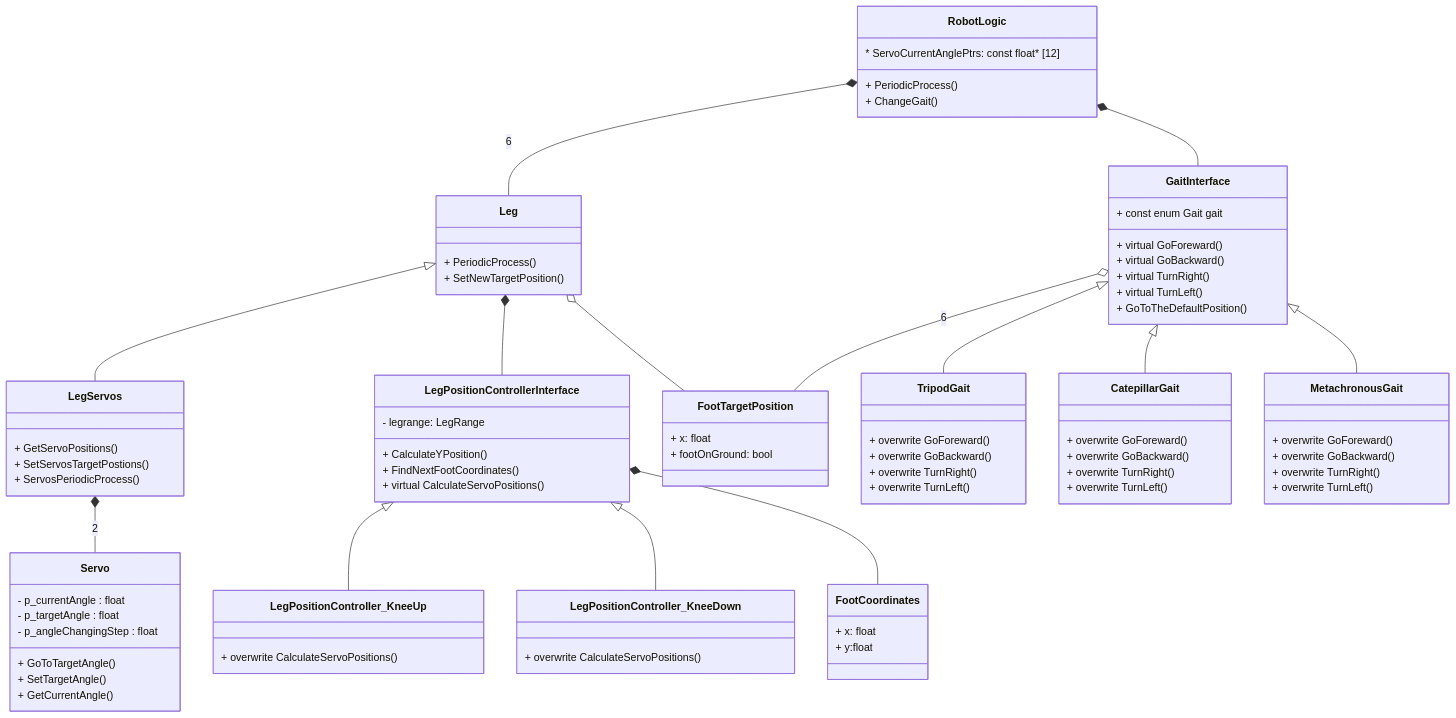
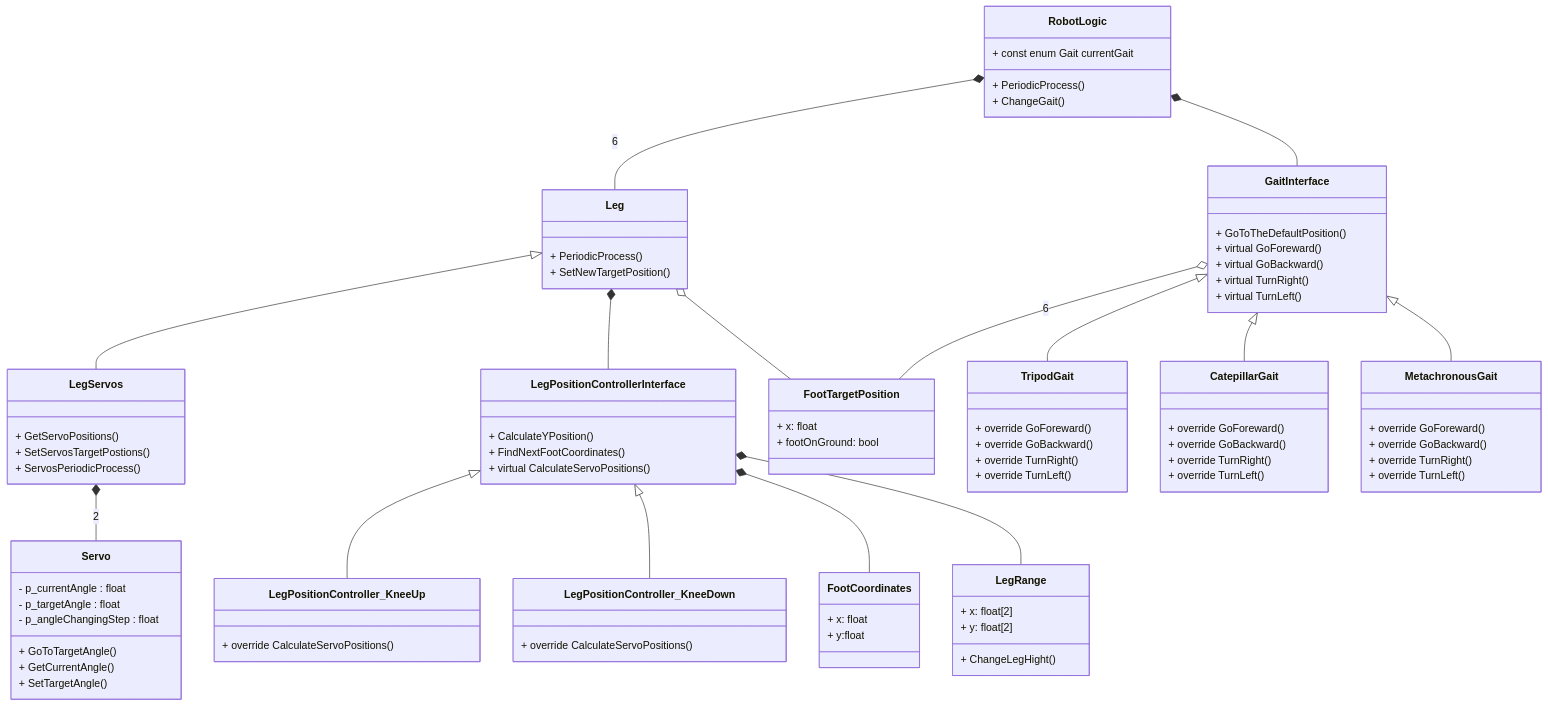
One commit to putzio/Hexapod-2.0 changed the first of 2 diagrams in README.md. Above: the diagram before and after it, drawn with Mermaid. The commit also changed other lines of this file and 20 other files, not shown here.

Commit message:
LegPositionControllerInterface and class names changed according to the diagram

```diff
--- a/README.md
+++ b/README.md
@@ -11,6 +11,7 @@
     LegPositionControllerInterface <|-- LegPositionController_KneeUp
     LegPositionControllerInterface <|-- LegPositionController_KneeDown
     LegPositionControllerInterface *-- FootCoordinates
+    LegPositionControllerInterface *-- LegRange
     
     Leg <|-- LegServos
     Leg *-- LegPositionControllerInterface
@@ -31,8 +32,8 @@
         - p_angleChangingStep : float
 
         + GoToTargetAngle()
+        + GetCurrentAngle()
         + SetTargetAngle()
-        + GetCurrentAngle()
     }
 
     class LegServos{
@@ -42,22 +43,26 @@
     }
 
     class LegPositionControllerInterface{
-        - legrange: LegRange
-
         + CalculateYPosition()
         + FindNextFootCoordinates()
         + virtual CalculateServoPositions()
     }
     class LegPositionController_KneeDown{
-        + overwrite CalculateServoPositions()
+        + override CalculateServoPositions()
     }
     class LegPositionController_KneeUp{
-        + overwrite CalculateServoPositions()
+        + override CalculateServoPositions()
     }
 
     class FootCoordinates{
         + x: float
         + y:float
+    }
+    class LegRange{
+        + x: float[2]
+        + y: float[2]
+
+        + ChangeLegHight()
     }
 
     class FootTargetPosition{
@@ -72,35 +77,34 @@
     }
 
     class GaitInterface{
-        + const enum Gait gait
-
+        + GoToTheDefaultPosition()
         + virtual GoForeward()
         + virtual GoBackward()
         + virtual TurnRight()
         + virtual TurnLeft()
-        + GoToTheDefaultPosition()
     }
     class TripodGait{
-        + overwrite GoForeward()
-        + overwrite GoBackward()
-        + overwrite TurnRight()
-        + overwrite TurnLeft()
+        + override GoForeward()
+        + override GoBackward()
+        + override TurnRight()
+        + override TurnLeft()
     }
     class CatepillarGait{
-        + overwrite GoForeward()
-        + overwrite GoBackward()
-        + overwrite TurnRight()
-        + overwrite TurnLeft()
+        + override GoForeward()
+        + override GoBackward()
+        + override TurnRight()
+        + override TurnLeft()
     }
     class MetachronousGait{
-        + overwrite GoForeward()
-        + overwrite GoBackward()
-        + overwrite TurnRight()
-        + overwrite TurnLeft()
+        + override GoForeward()
+        + override GoBackward()
+        + override TurnRight()
+        + override TurnLeft()
     }
 
     class RobotLogic{
-        * ServoCurrentAnglePtrs: const float* [12] 
+        + const enum Gait currentGait
+
         + PeriodicProcess()
         + ChangeGait()
     }
```
